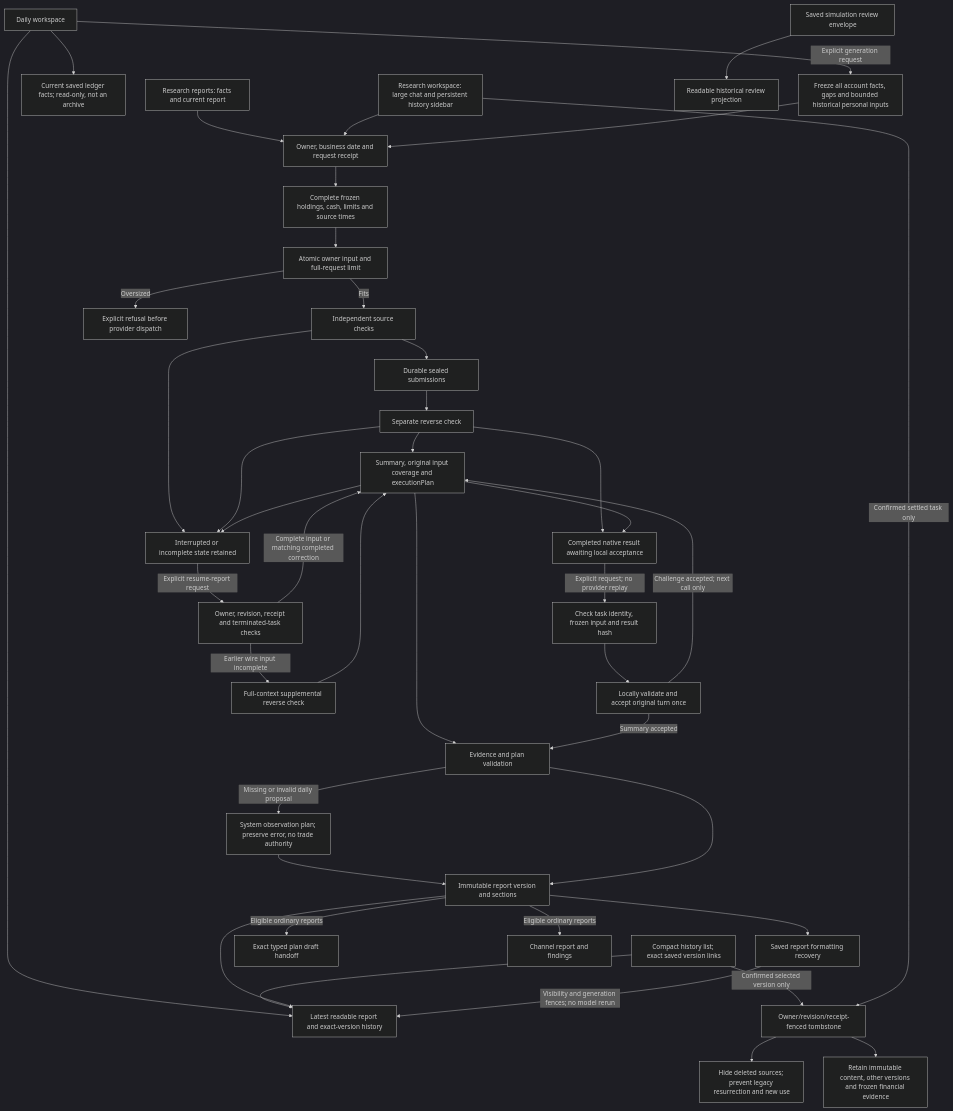
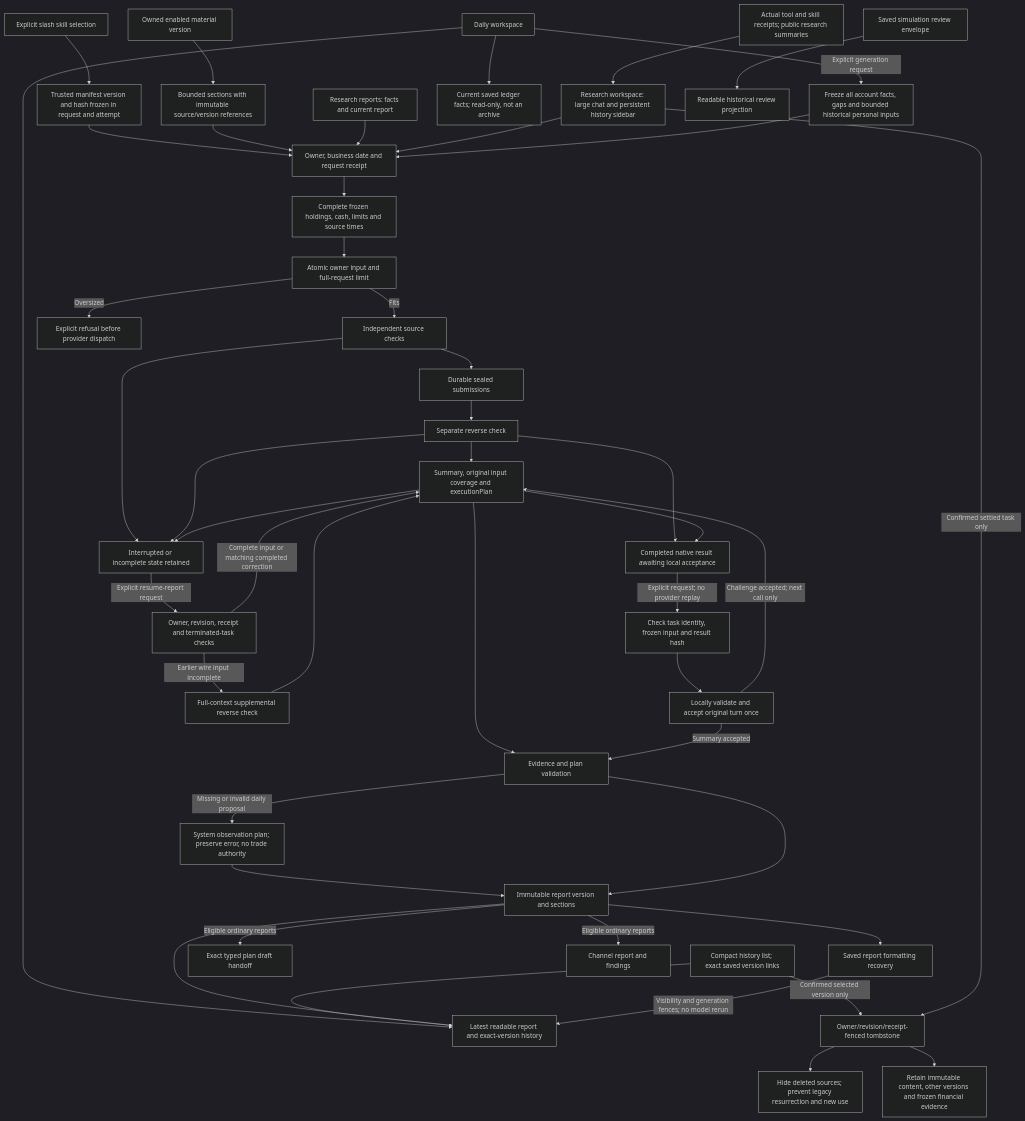
One commit to Lueyu/squabble changed the second of 5 diagrams in docs/architecture.md. Above: the diagram before and after it, drawn with Mermaid (dark theme). The commit also changed other lines of this file and 119 other files, not shown here.

Commit message:
feat: unify research skills and owned data workspace

````diff
--- a/docs/architecture.md
+++ b/docs/architecture.md
@@ -94,44 +104,49 @@
 ```mermaid
 flowchart TD
+    selectedSkill["Explicit slash skill selection"] --> skillPin["Trusted manifest version and hash frozen in request and attempt"]
+    skillPin --> request
+    material["Owned enabled material version"] --> materialPin["Bounded sections with immutable source/version references"]
+    materialPin --> request
+    activity["Actual tool and skill receipts; public research summaries"] --> chat["Readable per-member chat activity"]
     today["Research reports: facts and current report"] --> request["Owner, business date and request receipt"]
     dailyWorkspace["Daily workspace"] --> dailyFacts["Current saved ledger facts; read-only, not an archive"]
     dailyWorkspace --> reading
     historyList["Compact history list; exact saved version links"] --> reading
     chat["Research workspace: large chat and persistent history sidebar"] --> request
     historyList -->|"Confirmed selected version only"| remove["Owner/revision/receipt-fenced tombstone"]
     chat -->|"Confirmed settled task only"| remove
     remove --> sourceFence["Hide deleted sources; prevent legacy resurrection and new use"]
     remove --> keep["Retain immutable content, other versions and frozen financial evidence"]
     dailyWorkspace -->|"Explicit generation request"| overallFacts["Freeze all account facts, gaps and bounded historical personal inputs"]
     overallFacts --> request
     request --> frozen["Complete frozen holdings, cash, limits and source times"]
     frozen --> fit["Atomic owner input and full-request limit"]
     fit -->|"Fits"| independent["Independent source checks"]
     fit -->|"Oversized"| refuse["Explicit refusal before provider dispatch"]
     independent --> sealed["Durable sealed submissions"]
     sealed --> reverse["Separate reverse check"]
     reverse --> summary["Summary, original input coverage and executionPlan"]
     summary --> validate["Evidence and plan validation"]
     validate -->|"Missing or invalid daily proposal"| observationPlan["System observation plan; preserve error, no trade authority"]
     observationPlan --> archive
     validate --> archive["Immutable report version and sections"]
     archive --> reading["Latest readable report and exact-version history"]
     archive --> saved["Saved report formatting recovery"]
     saved -->|"Visibility and generation fences; no model rerun"| reading
     review["Saved simulation review envelope"] --> reviewProjection["Readable historical review projection"]
     archive -->|"Eligible ordinary reports"| handoff["Exact typed plan draft handoff"]
     archive -->|"Eligible ordinary reports"| channelSource["Channel report and findings"]
     independent --> interrupted["Interrupted or incomplete state retained"]
     reverse --> interrupted
     summary --> interrupted
     reverse --> returned["Completed native result awaiting local acceptance"]
     summary --> returned
     returned -->|"Explicit request; no provider replay"| reparse["Check task identity, frozen input and result hash"]
     reparse --> accept["Locally validate and accept original turn once"]
     accept -->|"Challenge accepted; next call only"| summary
     accept -->|"Summary accepted"| validate
     interrupted -->|"Explicit resume-report request"| resume["Owner, revision, receipt and terminated-task checks"]
     resume -->|"Earlier wire input incomplete"| correction["Full-context supplemental reverse check"]
     correction --> summary
     resume -->|"Complete input or matching completed correction"| summary
 ```
````
